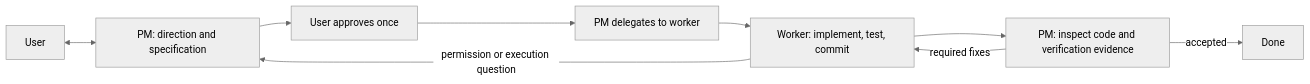
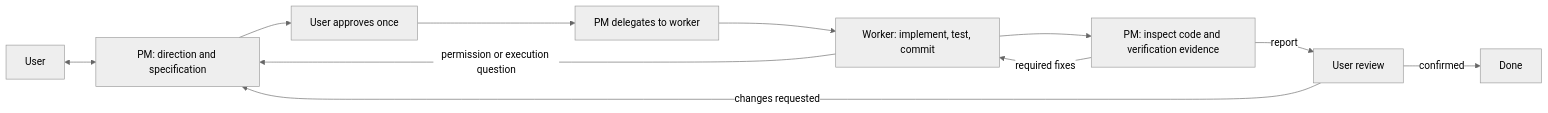
One commit to AquilaWei/harnessboard changed the diagram in docs/pm-workflow.md. Above: the diagram before and after it, drawn with Mermaid (neutral theme). The commit also changed other lines of this file and 7 other files, not shown here.

Commit message:
fix: wait for user review after PM acceptance

````diff
--- a/docs/pm-workflow.md
+++ b/docs/pm-workflow.md
@@ -12,11 +12,13 @@
 ```mermaid
 flowchart LR
     U[User] <--> P[PM: direction and specification]
     P --> A[User approves once]
     A --> D[PM delegates to worker]
     D --> W[Worker: implement, test, commit]
     W --> R[PM: inspect code and verification evidence]
     R -->|required fixes| W
-    R -->|accepted| F[Done]
+    R -->|report| V[User review]
+    V -->|confirmed| F[Done]
+    V -->|changes requested| P
     W -->|permission or execution question| P
 ```
````
